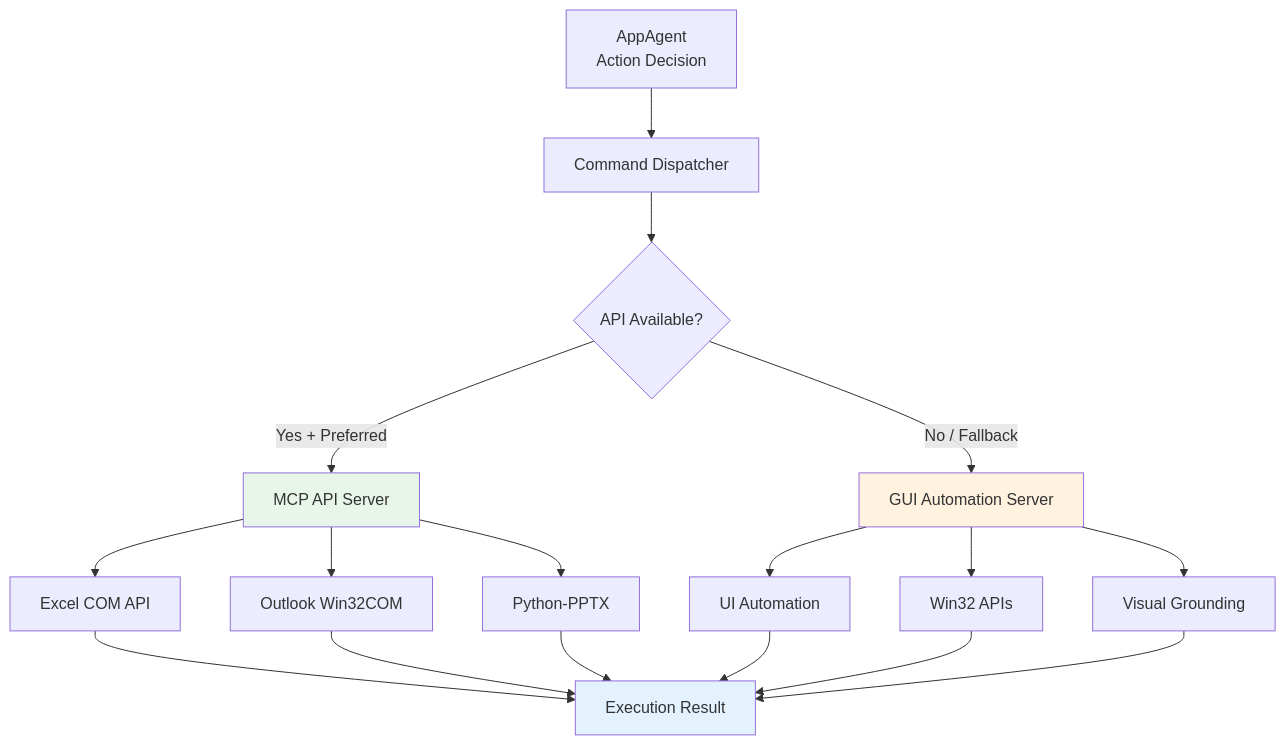
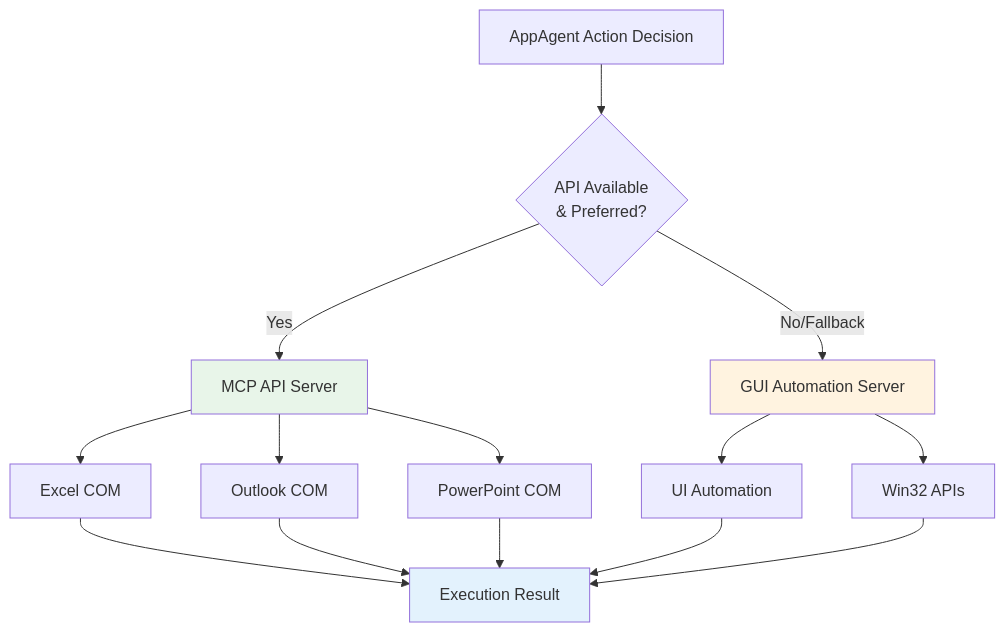
The diagram in documents/docs/ufo2/core_features/hybrid_actions.md (microsoft/UFO), drawn with Mermaid before and after one commit. The commit also changed other lines of this file and 32 other files, not shown here.

````diff
--- a/documents/docs/ufo2/core_features/hybrid_actions.md
+++ b/documents/docs/ufo2/core_features/hybrid_actions.md
@@ -77,28 +67,24 @@
 ```mermaid
 graph TB
-    Agent[AppAgent<br/>Action Decision] --> Dispatcher[Command Dispatcher]
+    Agent[AppAgent Action Decision] --> Decision{API Available<br/>& Preferred?}
     
-    Dispatcher --> Decision{API Available?}
+    Decision -->|Yes| API[MCP API Server]
+    Decision -->|No/Fallback| GUI[GUI Automation Server]
     
-    Decision -->|Yes + Preferred| API[MCP API Server]
-    Decision -->|No / Fallback| GUI[GUI Automation Server]
-    
-    API --> ExcelAPI[Excel COM API]
-    API --> OutlookAPI[Outlook Win32COM]
-    API --> PowerPointAPI[Python-PPTX]
+    API --> ExcelAPI[Excel COM]
+    API --> OutlookAPI[Outlook COM]
+    API --> PowerPointAPI[PowerPoint COM]
     
     GUI --> UIA[UI Automation]
     GUI --> Win32[Win32 APIs]
-    GUI --> Visual[Visual Grounding]
     
     ExcelAPI --> Result[Execution Result]
     OutlookAPI --> Result
     PowerPointAPI --> Result
     UIA --> Result
     Win32 --> Result
-    Visual --> Result
     
     style API fill:#e8f5e9
     style GUI fill:#fff3e0
     style Result fill:#e3f2fd
 ```
````
